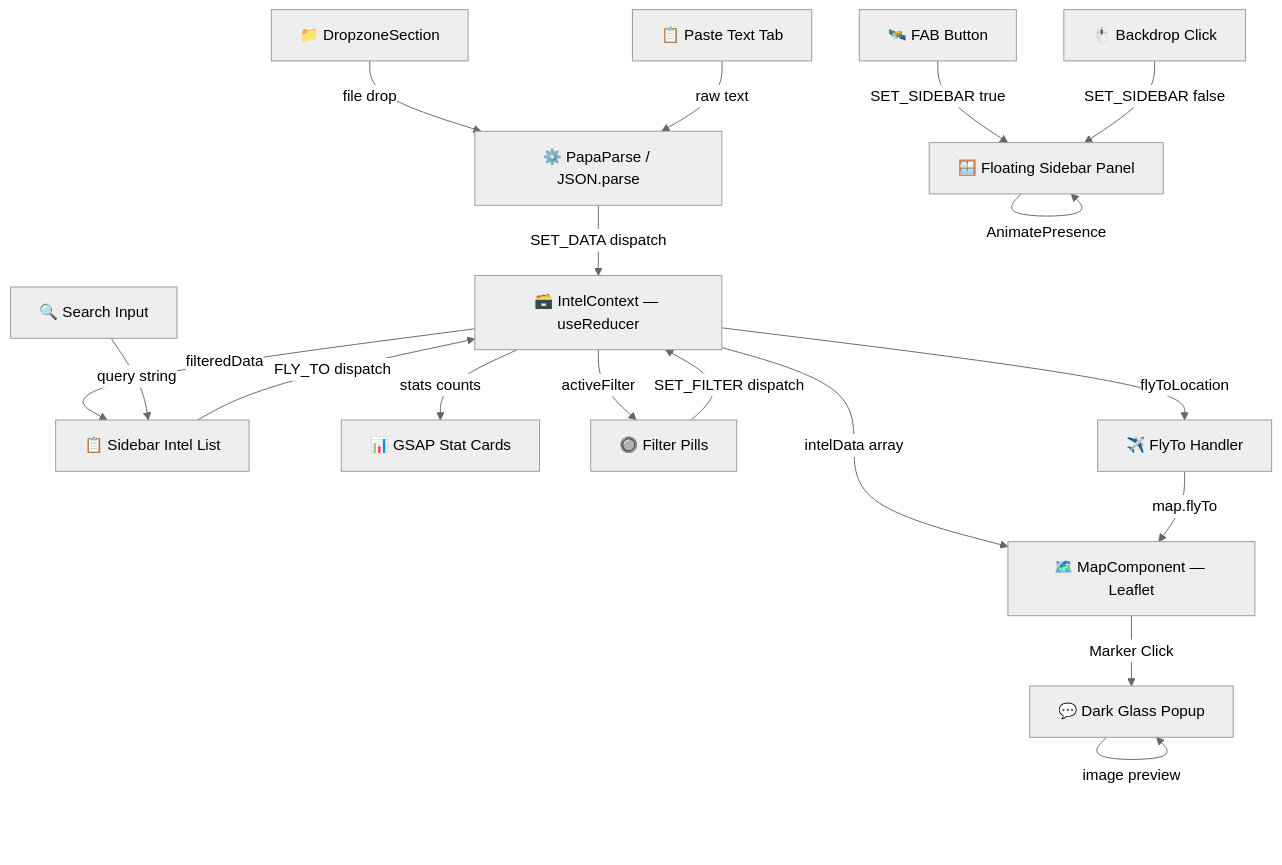
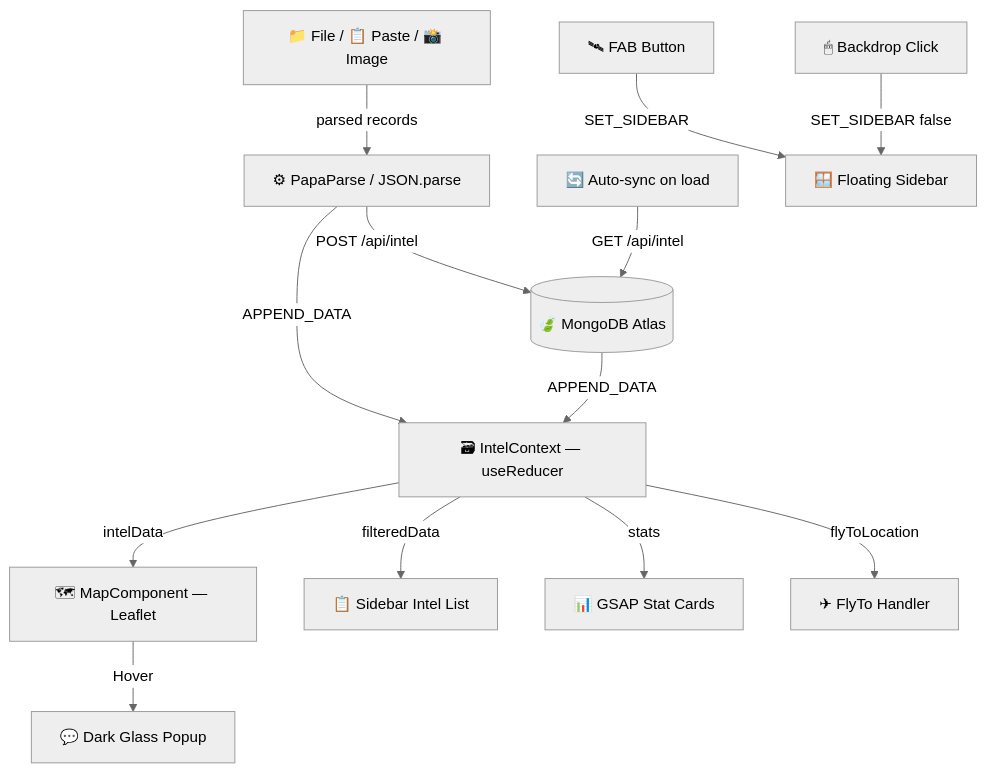
Before and after one commit to kinshukkush/INTEL-FUSION-DASHBOARD: the diagram in README.md, drawn with Mermaid (neutral theme). The commit also changed other lines of this file and 4 other files, not shown here.

````diff
--- a/README.md
+++ b/README.md
@@ -377,25 +165,18 @@
 ```mermaid
-graph TD;
-    A["🗃️ IntelContext — useReducer"] -->|intelData array| B["🗺️ MapComponent — Leaflet"];
-    A -->|filteredData| C["📋 Sidebar Intel List"];
-    A -->|stats counts| D["📊 GSAP Stat Cards"];
-    A -->|activeFilter| E["🔘 Filter Pills"];
-    A -->|flyToLocation| F["✈️ FlyTo Handler"];
+graph TD
+    A["🗃 IntelContext — useReducer"] -->|intelData| B["🗺 MapComponent — Leaflet"]
+    A -->|filteredData| C["📋 Sidebar Intel List"]
+    A -->|stats| D["📊 GSAP Stat Cards"]
+    A -->|flyToLocation| E["✈ FlyTo Handler"]
 
-    G["📁 DropzoneSection"] -->|file drop| H["⚙️ PapaParse / JSON.parse"];
-    I["📋 Paste Text Tab"] -->|raw text| H;
-    H -->|SET_DATA dispatch| A;
+    F["📁 File / 📋 Paste / 📸 Image"] -->|parsed records| G["⚙ PapaParse / JSON.parse"]
+    G -->|APPEND_DATA| A
+    G -->|POST /api/intel| H[("🍃 MongoDB Atlas")]
 
-    J["🔍 Search Input"] -->|query string| C;
-    E -->|SET_FILTER dispatch| A;
-    C -->|FLY_TO dispatch| A;
-    F -->|map.flyTo| B;
+    I["🔄 Auto-sync on load"] -->|GET /api/intel| H
+    H -->|APPEND_DATA| A
 
-    K["🛰️ FAB Button"] -->|SET_SIDEBAR true| L["🪟 Floating Sidebar Panel"];
-    L -->|AnimatePresence| L;
-    M["🖱️ Backdrop Click"] -->|SET_SIDEBAR false| L;
-
-    B -->|Marker Click| N["💬 Dark Glass Popup"];
-    N -->|confidence bar| N;
-    N -->|image preview| N;
+    J["🛰 FAB Button"] -->|SET_SIDEBAR| K["🪟 Floating Sidebar"]
+    L["🖱 Backdrop Click"] -->|SET_SIDEBAR false| K
+    B -->|Hover| M["💬 Dark Glass Popup"]
 ```
````
